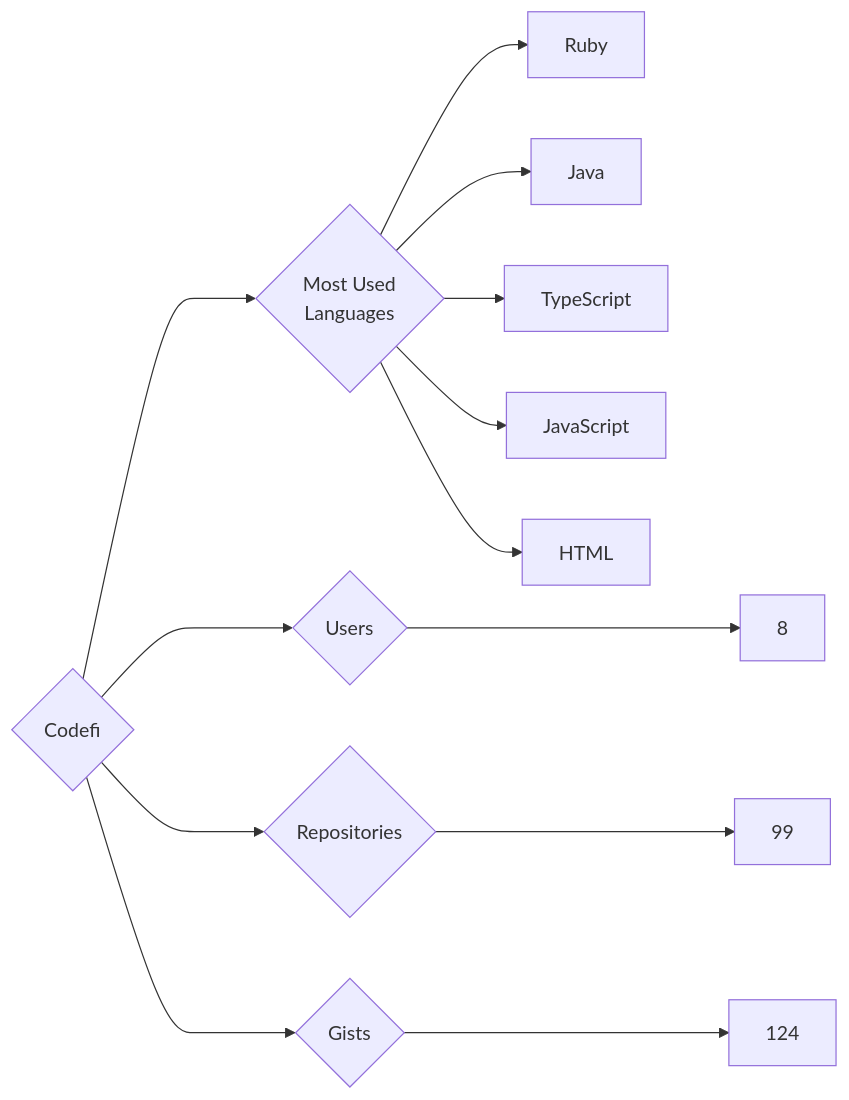
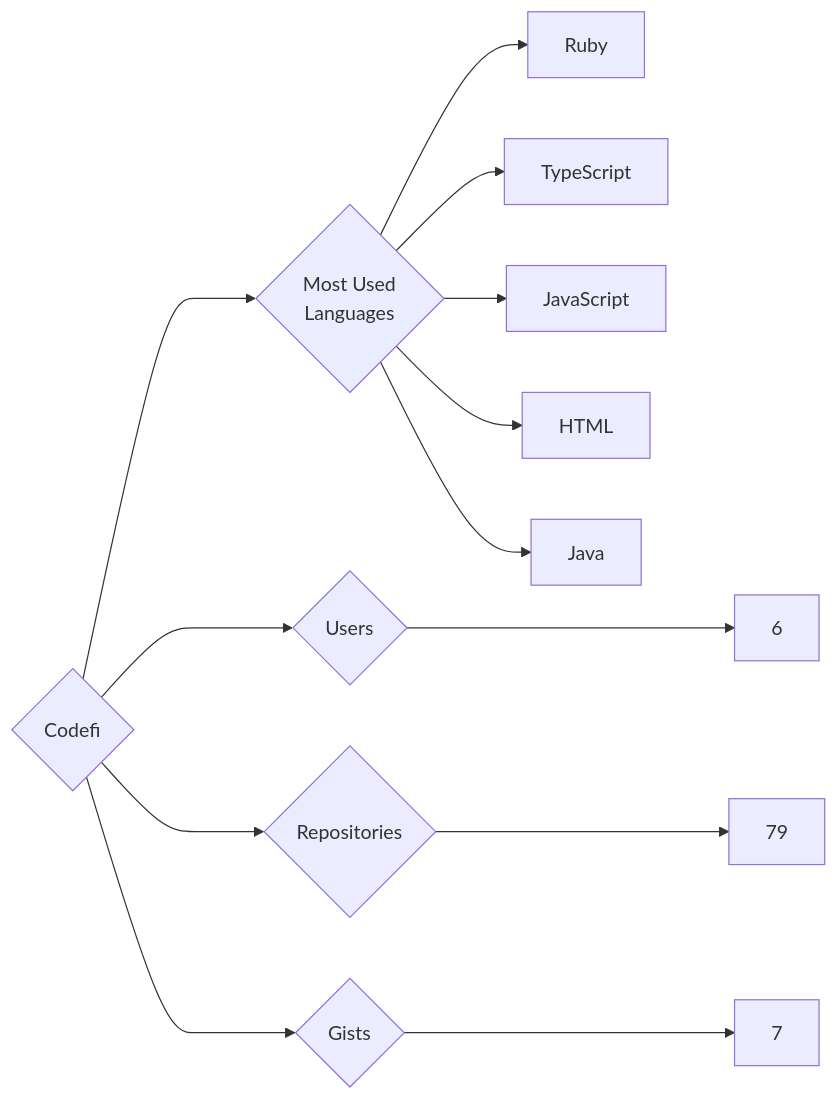
The diagram in targets/Codefi/README.md (trickest/insiders), drawn with Mermaid before and after one commit. The commit also changed 736 other files, not shown here.

````diff
--- a/targets/Codefi/README.md
+++ b/targets/Codefi/README.md
@@ -3,13 +3,13 @@
 ```mermaid
 graph LR
 COMPANY_NAME{Codefi}
-COMPANY_NAME ---> U{Users} ---> UN[8]
-COMPANY_NAME ---> R{Repositories} ---> RN[99]
-COMPANY_NAME ---> G{Gists} ---> GN[124]
+COMPANY_NAME ---> U{Users} ---> UN[6]
+COMPANY_NAME ---> R{Repositories} ---> RN[79]
+COMPANY_NAME ---> G{Gists} ---> GN[7]
 COMPANY_NAME ---> ML{Most Used<br>Languages}
 ML --> Ruby[Ruby]
-ML --> Java[Java]
 ML --> TypeScript[TypeScript]
 ML --> JavaScript[JavaScript]
 ML --> HTML[HTML]
+ML --> Java[Java]
 ```
````
